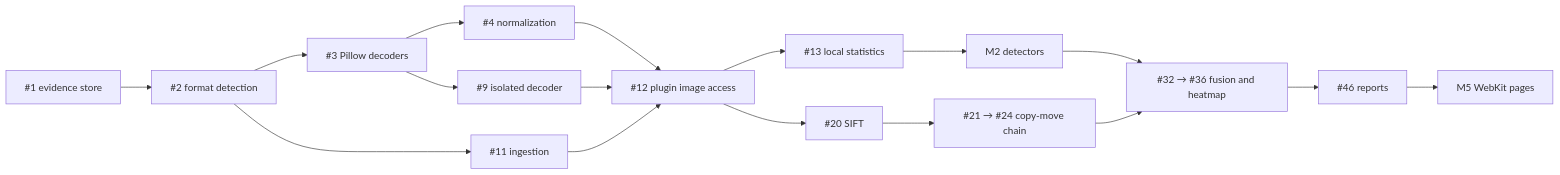
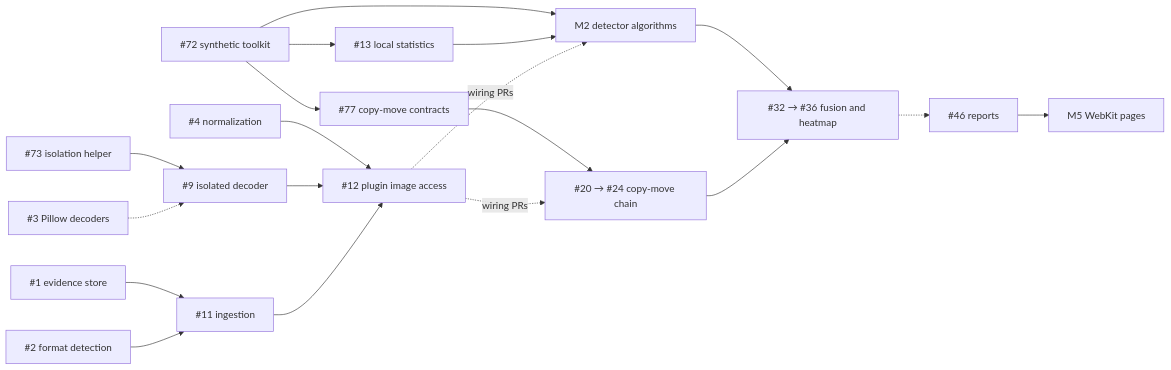
Before and after one commit to satvikp-coder/PhotoProof: the diagram in docs/planning/index.md, drawn with Mermaid. The commit also changed other lines of this file and 54 other files, not shown here.

````diff
--- a/docs/planning/index.md
+++ b/docs/planning/index.md
@@ -24,12 +30,20 @@
 ```mermaid
 flowchart LR
-    E[#1 evidence store] --> F[#2 format detection] --> D[#3 Pillow decoders]
-    D --> N[#4 normalization] --> X[#12 plugin image access]
-    D --> I[#9 isolated decoder] --> X
-    F --> U[#11 ingestion] --> X
-    X --> S[#13 local statistics] --> DET[M2 detectors]
-    X --> C[#20 SIFT] --> CM[#21 → #24 copy-move chain]
+    T[#72 synthetic toolkit] --> S
+    T --> DET
+    T --> CC[#77 copy-move contracts] --> CM
+    H[#73 isolation helper] --> I
+    E[#1 evidence store] --> U
+    F[#2 format detection] --> U
+    D[#3 Pillow decoders] -.-> I
+    N[#4 normalization] --> X[#12 plugin image access]
+    I[#9 isolated decoder] --> X
+    U[#11 ingestion] --> X
+    S[#13 local statistics] --> DET[M2 detector algorithms]
+    CM[#20 → #24 copy-move chain]
+    X -. wiring PRs .-> DET
+    X -. wiring PRs .-> CM
     DET --> FU[#32 → #36 fusion and heatmap]
     CM --> FU
-    FU --> R[#46 reports] --> W[M5 WebKit pages]
+    FU -.-> R[#46 reports] --> W[M5 WebKit pages]
 ```
````
